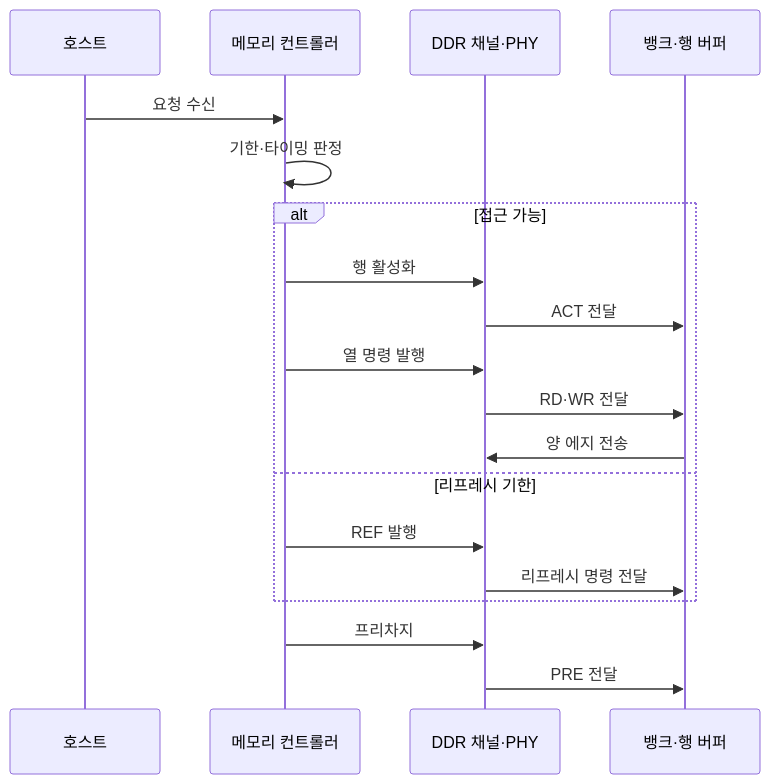
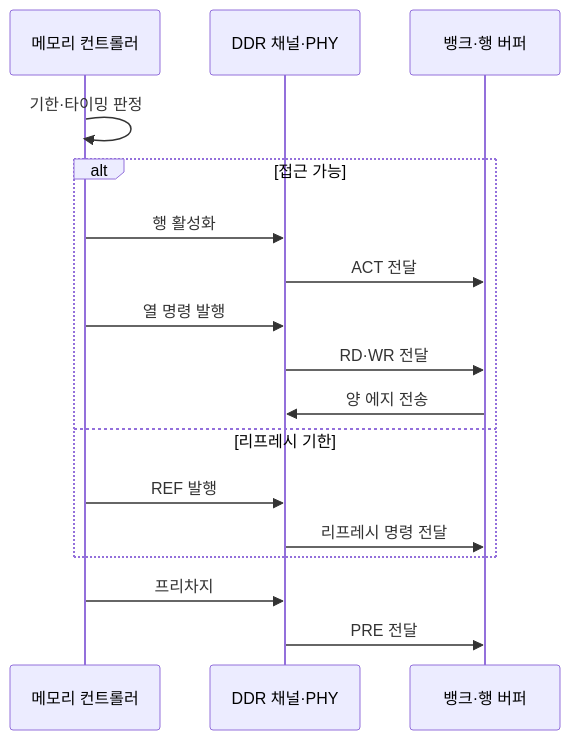
Before and after one commit to agnusdei1207/knowledge-base: the second of 2 diagrams in src/content/docs/notes/02-hardware/024_ddr_sdram_refresh.md, drawn with Mermaid. The commit also changed other lines of this file and 17 other files, not shown here.

````diff
--- a/src/content/docs/notes/02-hardware/024_ddr_sdram_refresh.md
+++ b/src/content/docs/notes/02-hardware/024_ddr_sdram_refresh.md
@@ -92,21 +92,19 @@
 ```mermaid
 sequenceDiagram
-    participant H as 호스트
     participant C as 메모리 컨트롤러
     participant P as DDR 채널·PHY
     participant B as 뱅크·행 버퍼
-    H->>C: 요청 수신
     C->>C: 기한·타이밍 판정
     alt 접근 가능
         C->>P: 행 활성화
         P->>B: ACT 전달
         C->>P: 열 명령 발행
         P->>B: RD·WR 전달
         B->>P: 양 에지 전송
     else 리프레시 기한
         C->>P: REF 발행
         P->>B: 리프레시 명령 전달
     end
     C->>P: 프리차지
     P->>B: PRE 전달
 ```
````
